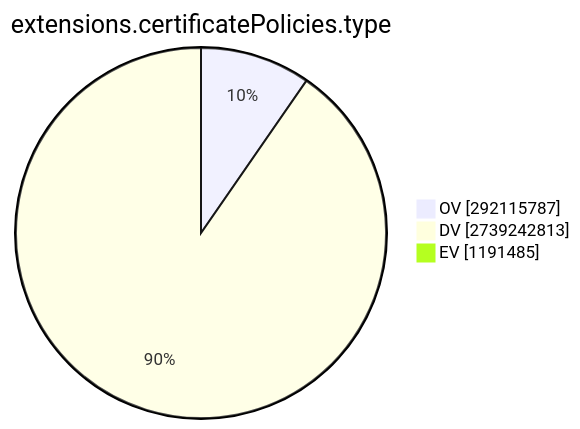
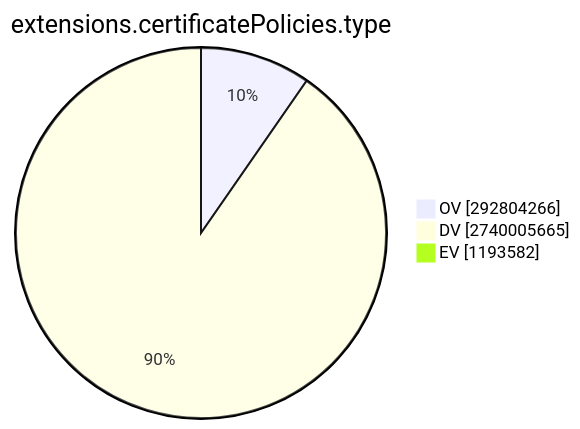
One commit to christiankrug/ctmonitor_visualization changed the ninth of 15 diagrams in TOTAL/README.md. Above: the diagram before and after it, drawn with Mermaid. The commit also changed other lines of this file, not shown here.

````diff
--- a/TOTAL/README.md
+++ b/TOTAL/README.md
@@ -3093,7 +3093,7 @@
 ```mermaid
 pie showData
 title extensions.certificatePolicies.type
-"OV" :292115787
-"DV" :2739242813
-"EV" :1191485
+"OV" :292804266
+"DV" :2740005665
+"EV" :1193582
 ```
````
